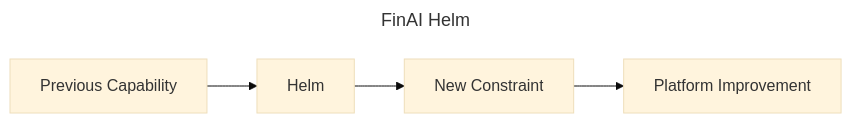
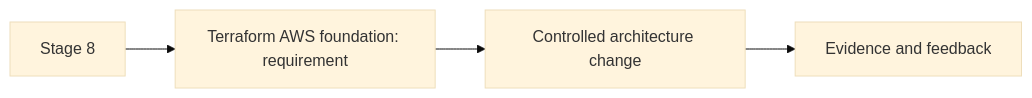
One commit to m1mohamad/devops-sre-prep changed the ninth of 30 diagrams in docs/journey/index.md. Above: the diagram before and after it, drawn with Mermaid (base theme). The commit also changed other lines of this file and 100 other files, not shown here.

````diff
--- a/docs/journey/index.md
+++ b/docs/journey/index.md
@@ -105,7 +182,6 @@
 ```mermaid
----
-title: FinAI Helm
----
 flowchart LR
-  A[Previous Capability] --> B[Helm] --> C[New Constraint] --> D[Platform Improvement]
+  S9[Stage 8] --> R9[Terraform AWS foundation: requirement]
+  R9 --> C9[Controlled architecture change]
+  C9 --> E9[Evidence and feedback]
 ```
````
